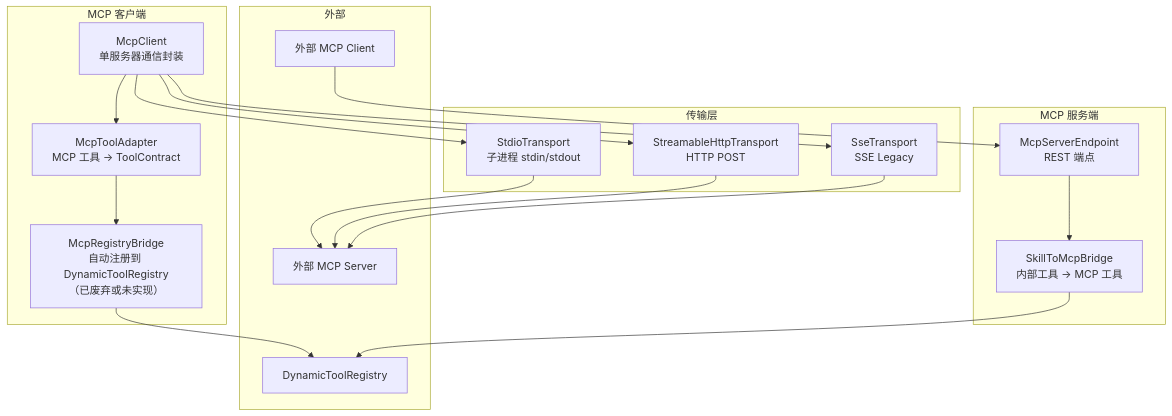
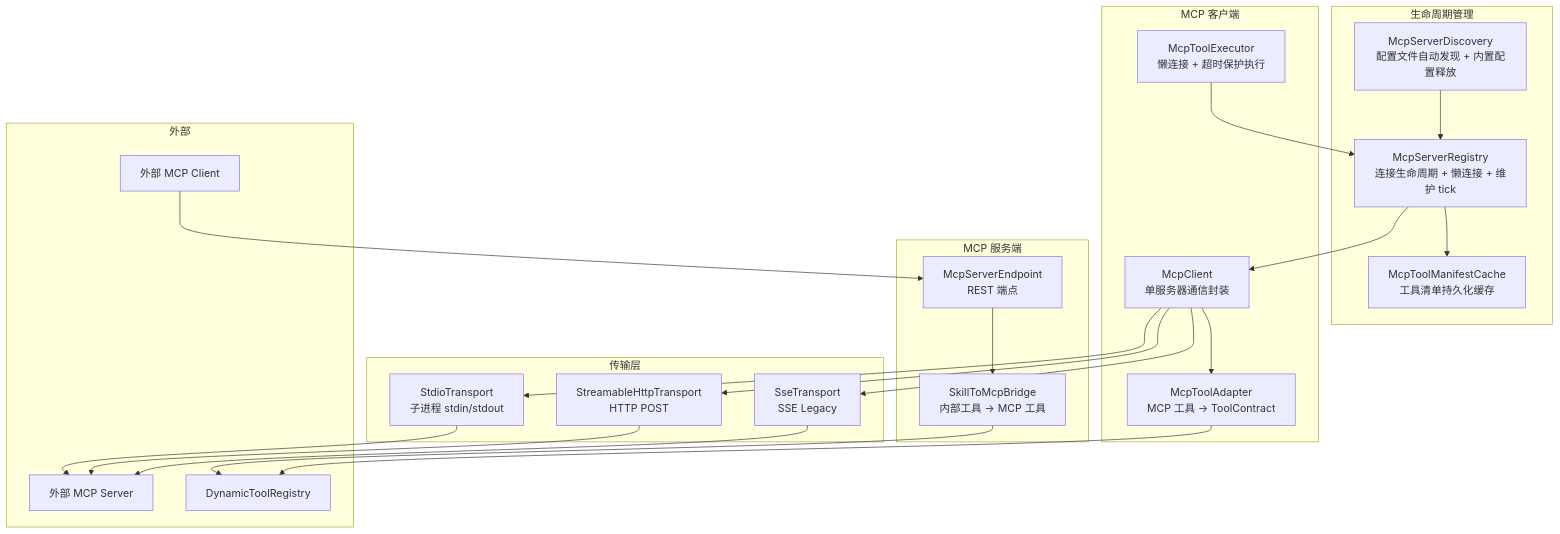
One commit to ntygod/LifePilot changed the first of 3 diagrams in docs/architecture/mcp-support.md. Above: the diagram before and after it, drawn with Mermaid. The commit also changed other lines of this file and 22 other files, not shown here.

First line of the commit message:
refactor(mcp): 重新设计 MCP Server 生命周期 — 懒连接 + 工具缓存 + 空闲超时 (#74)

````diff
--- a/docs/architecture/mcp-support.md
+++ b/docs/architecture/mcp-support.md
@@ -13,34 +15,44 @@
 ```mermaid
 graph TB
+    subgraph "生命周期管理"
+        REGISTRY["McpServerRegistry<br/>连接生命周期 + 懒连接 + 维护 tick"]
+        DISCOVERY["McpServerDiscovery<br/>配置文件自动发现 + 内置配置释放"]
+        CACHE["McpToolManifestCache<br/>工具清单持久化缓存"]
+    end
+
     subgraph "MCP 客户端"
         CLIENT["McpClient<br/>单服务器通信封装"]
         ADAPTER["McpToolAdapter<br/>MCP 工具 → ToolContract"]
-        REG_BRIDGE["McpRegistryBridge<br/>自动注册到 DynamicToolRegistry<br/>（已废弃或未实现）"]
+        EXECUTOR["McpToolExecutor<br/>懒连接 + 超时保护执行"]
     end
 
     subgraph "MCP 服务端"
         ENDPOINT["McpServerEndpoint<br/>REST 端点"]
         S2M["SkillToMcpBridge<br/>内部工具 → MCP 工具"]
     end
 
     subgraph "传输层"
         STDIO["StdioTransport<br/>子进程 stdin/stdout"]
         HTTP["StreamableHttpTransport<br/>HTTP POST"]
         SSE["SseTransport<br/>SSE Legacy"]
     end
 
     subgraph "外部"
         EXT_SERVER["外部 MCP Server"]
         EXT_CLIENT["外部 MCP Client"]
         TOOL_REG["DynamicToolRegistry"]
     end
 
+    DISCOVERY --> REGISTRY
+    REGISTRY --> CLIENT
+    REGISTRY --> CACHE
     CLIENT --> STDIO
     CLIENT --> HTTP
     CLIENT --> SSE
     STDIO --> EXT_SERVER
     HTTP --> EXT_SERVER
     SSE --> EXT_SERVER
-    CLIENT --> ADAPTER --> REG_BRIDGE --> TOOL_REG
+    CLIENT --> ADAPTER --> TOOL_REG
+    EXECUTOR --> REGISTRY
     EXT_CLIENT --> ENDPOINT --> S2M --> TOOL_REG
 ```
````
